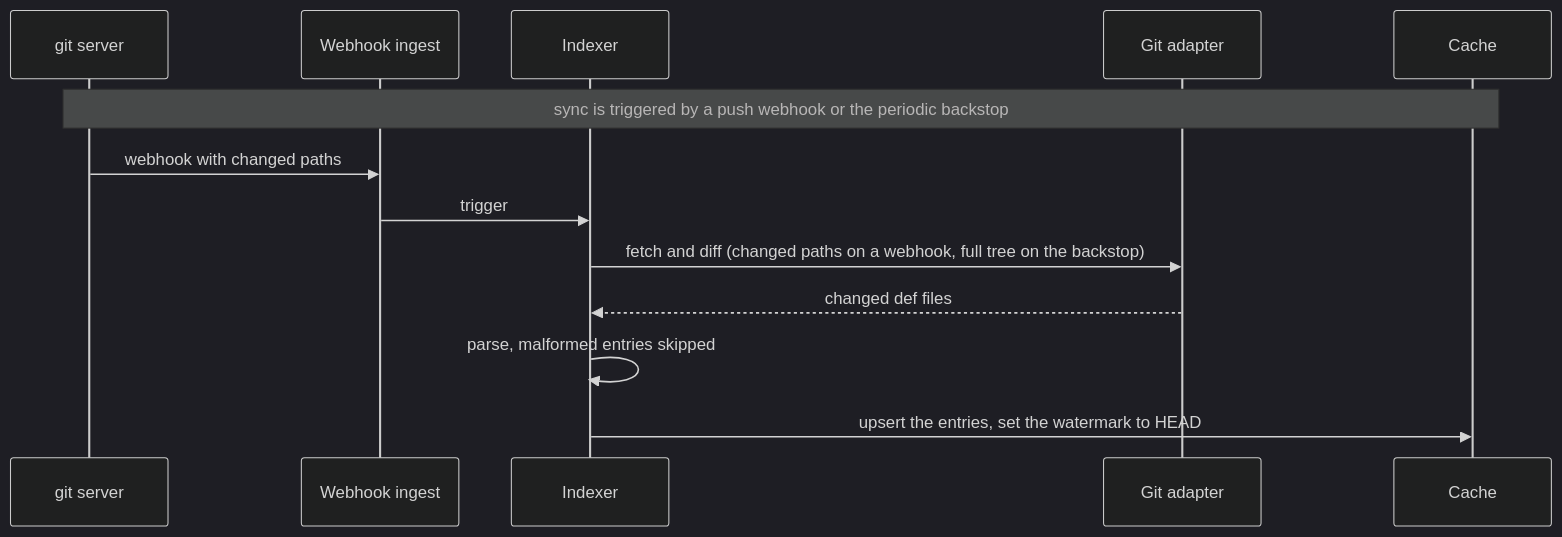
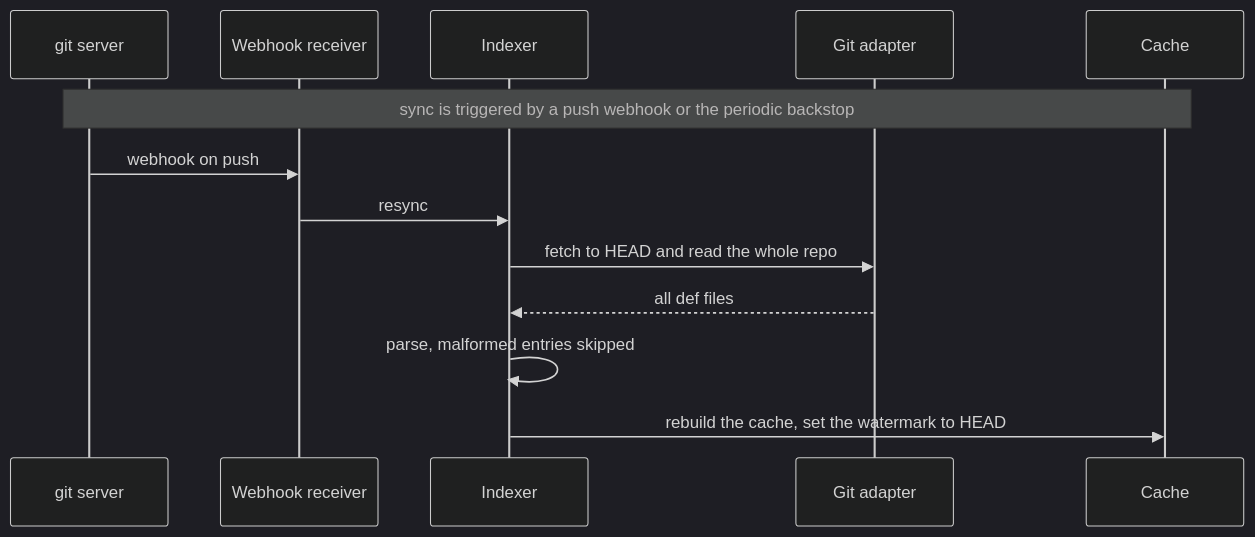
Before and after one commit to Netcracker/qubership-envgene: the fourth of 5 diagrams in docs/analysis/app-reg-def-service/design/architecture.md, drawn with Mermaid (dark theme). The commit also changed other lines of this file and 1 other file, not shown here.

First line of the commit message:
docs: simplify sync to a full repo resync, rename the webhook receiver

````diff
--- a/docs/analysis/app-reg-def-service/design/architecture.md
+++ b/docs/analysis/app-reg-def-service/design/architecture.md
@@ -91,15 +93,15 @@
 ```mermaid
 sequenceDiagram
   participant GS as git server
-  participant WI as Webhook ingest
+  participant WI as Webhook receiver
   participant IX as Indexer
   participant GA as Git adapter
   participant Cache
   Note over GS,Cache: sync is triggered by a push webhook or the periodic backstop
-  GS->>WI: webhook with changed paths
-  WI->>IX: trigger
-  IX->>GA: fetch and diff (changed paths on a webhook, full tree on the backstop)
-  GA-->>IX: changed def files
+  GS->>WI: webhook on push
+  WI->>IX: resync
+  IX->>GA: fetch to HEAD and read the whole repo
+  GA-->>IX: all def files
   IX->>IX: parse, malformed entries skipped
-  IX->>Cache: upsert the entries, set the watermark to HEAD
+  IX->>Cache: rebuild the cache, set the watermark to HEAD
 ```
````
